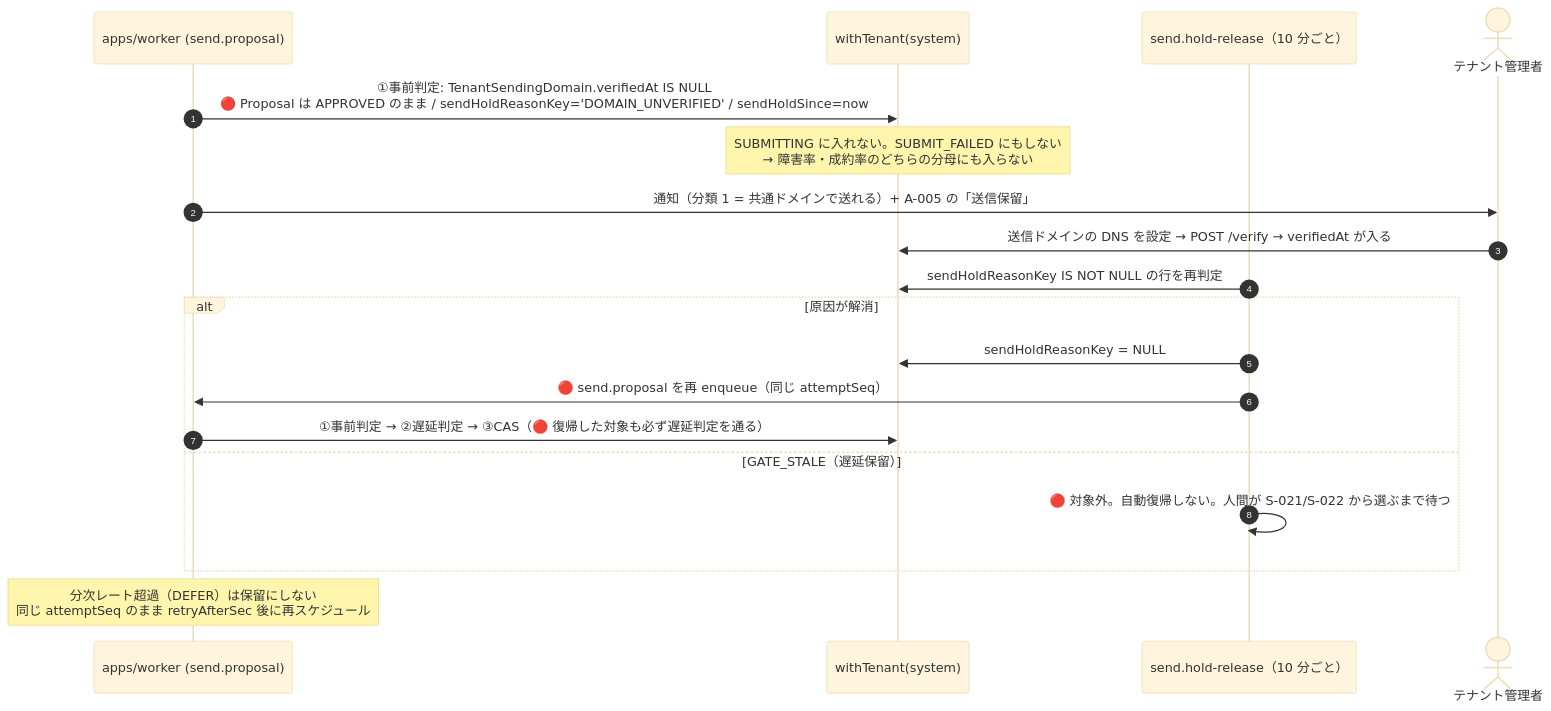
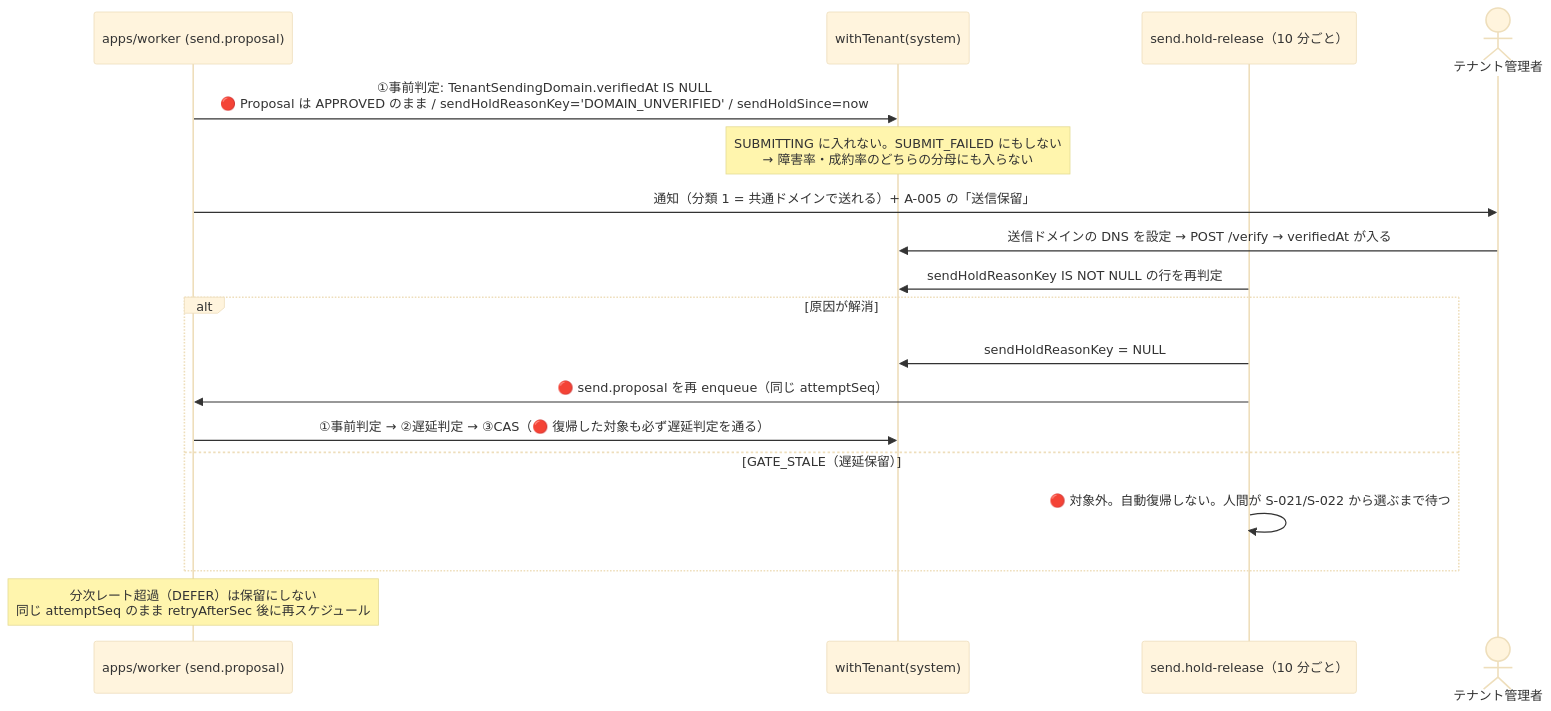
One commit to Festal-KM/SES-Platform changed the eighth of 8 diagrams in docs/05-program-design.md. Above: the diagram before and after it, drawn with Mermaid (base theme). The commit also changed other lines of this file, not shown here.

````diff
--- a/docs/05-program-design.md
+++ b/docs/05-program-design.md
@@ -3211,24 +3212,23 @@
 ```mermaid
 sequenceDiagram
-  autonumber
   participant W as apps/worker (send.proposal)
   participant DB as withTenant(system)
   participant HR as send.hold-release（10 分ごと）
   actor AD as テナント管理者
 
   W->>DB: ①事前判定: TenantSendingDomain.verifiedAt IS NULL<br/>🔴 Proposal は APPROVED のまま / sendHoldReasonKey='DOMAIN_UNVERIFIED' / sendHoldSince=now
   Note over DB: SUBMITTING に入れない。SUBMIT_FAILED にもしない<br/>→ 障害率・成約率のどちらの分母にも入らない
   W->>AD: 通知（分類 1 = 共通ドメインで送れる）+ A-005 の「送信保留」
 
   AD->>DB: 送信ドメインの DNS を設定 → POST /verify → verifiedAt が入る
   HR->>DB: sendHoldReasonKey IS NOT NULL の行を再判定
   alt 原因が解消
     HR->>DB: sendHoldReasonKey = NULL
     HR->>W: 🔴 send.proposal を再 enqueue（同じ attemptSeq）
     W->>DB: ①事前判定 → ②遅延判定 → ③CAS（🔴 復帰した対象も必ず遅延判定を通る）
   else GATE_STALE（遅延保留）
     HR->>HR: 🔴 対象外。自動復帰しない。人間が S-021/S-022 から選ぶまで待つ
   end
 
   Note over W: 分次レート超過（DEFER）は保留にしない<br/>同じ attemptSeq のまま retryAfterSec 後に再スケジュール
 ```
````
